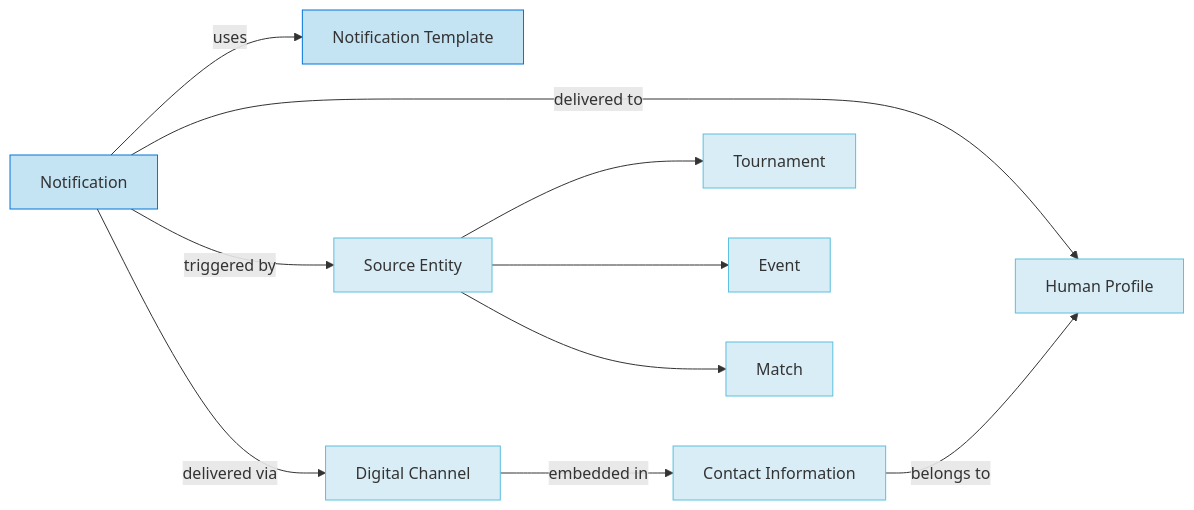
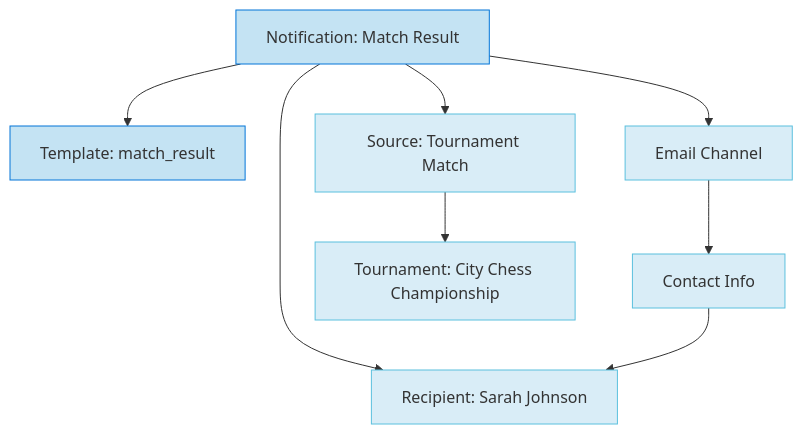
Before and after one commit to wpjwegman/tournament-organizer-system: the diagram in documents/docs/domains/communication/README.md, drawn with Mermaid. The commit also changed other lines of this file and 1 other file, not shown here.

````diff
--- a/documents/docs/domains/communication/README.md
+++ b/documents/docs/domains/communication/README.md
@@ -13,18 +36,16 @@
 ```mermaid
-graph LR
-    N[Notification] -- uses --> NT[Notification Template]
-    N -- delivered to --> HP[Human Profile]
-    N -- delivered via --> DC[Digital Channel]
-    DC -- embedded in --> CI[Contact Information]
-    CI -- belongs to --> HP
-    N -- triggered by --> SRC[Source Entity]
-    SRC --> T[Tournament]
-    SRC --> E[Event]
-    SRC --> M[Match]
+graph TD
+    N[Notification: Match Result] --> NT[Template: match_result]
+    N --> HP[Recipient: Sarah Johnson]
+    N --> DC[Email Channel]
+    DC --> CI[Contact Info]
+    CI --> HP
+    N --> SRC[Source: Tournament Match]
+    SRC --> T[Tournament: City Chess Championship]
     
     classDef core fill:#c4e3f3,stroke:#0275d8;
     classDef related fill:#d9edf7,stroke:#5bc0de;
     
     class N,NT core;
-    class HP,DC,CI,SRC,T,E,M related;
+    class HP,DC,CI,SRC,T related;
 ```
````
